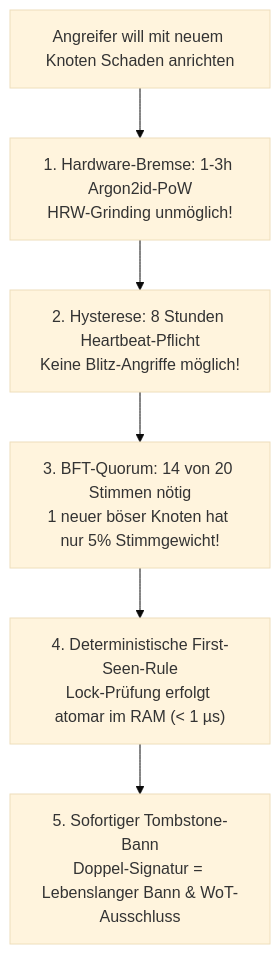
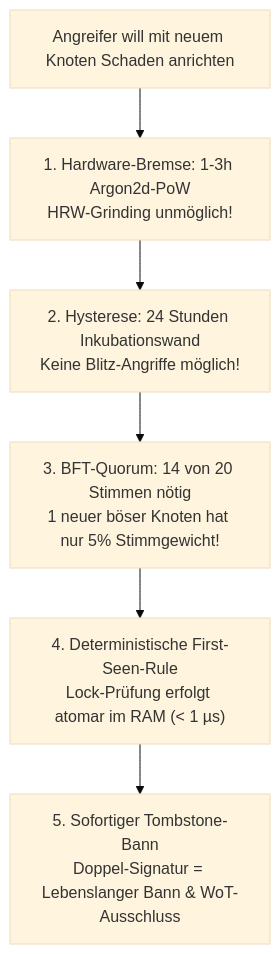
The fifth of 14 diagrams in docs/99_faq_und_angriffsvektoren_deep_dive.md (minutogit/human-money-node), drawn with Mermaid (base theme) before and after one commit. The commit also changed other lines of this file and 16 other files, not shown here.

````diff
--- a/docs/99_faq_und_angriffsvektoren_deep_dive.md
+++ b/docs/99_faq_und_angriffsvektoren_deep_dive.md
@@ -185,8 +185,8 @@
 ```mermaid
 flowchart TD
-    Attack["Angreifer will mit neuem Knoten Schaden anrichten"] --> B1["1. Hardware-Bremse: 1-3h Argon2id-PoW<br>HRW-Grinding unmöglich!"]
-    B1 --> B2["2. Hysterese: 8 Stunden Heartbeat-Pflicht<br>Keine Blitz-Angriffe möglich!"]
+    Attack["Angreifer will mit neuem Knoten Schaden anrichten"] --> B1["1. Hardware-Bremse: 1-3h Argon2d-PoW<br>HRW-Grinding unmöglich!"]
+    B1 --> B2["2. Hysterese: 24 Stunden Inkubationswand<br>Keine Blitz-Angriffe möglich!"]
     B2 --> B3["3. BFT-Quorum: 14 von 20 Stimmen nötig<br>1 neuer böser Knoten hat nur 5% Stimmgewicht!"]
     B3 --> B4["4. Deterministische First-Seen-Rule<br>Lock-Prüfung erfolgt atomar im RAM (< 1 µs)"]
     B4 --> B5["5. Sofortiger Tombstone-Bann<br>Doppel-Signatur = Lebenslanger Bann & WoT-Ausschluss"]
 ```
````
